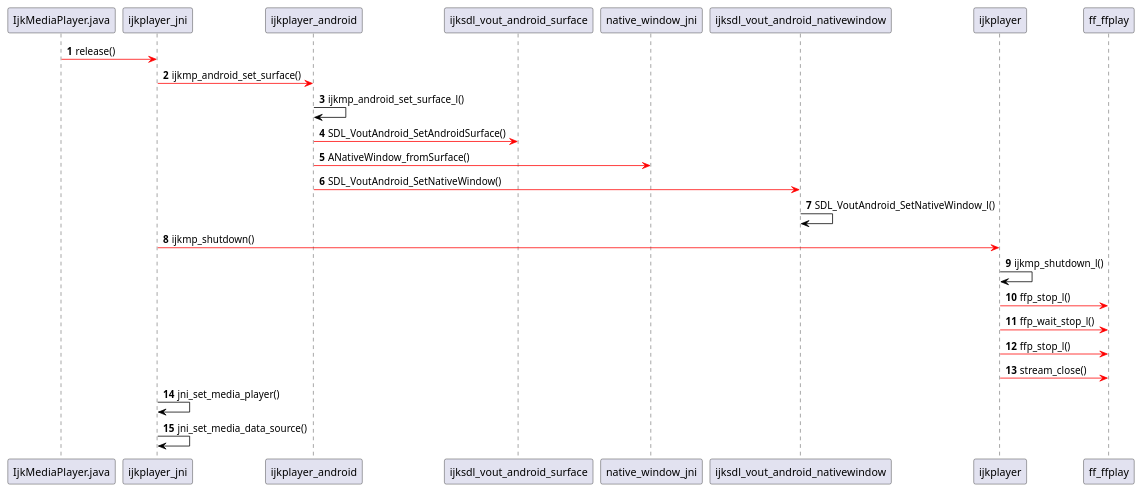
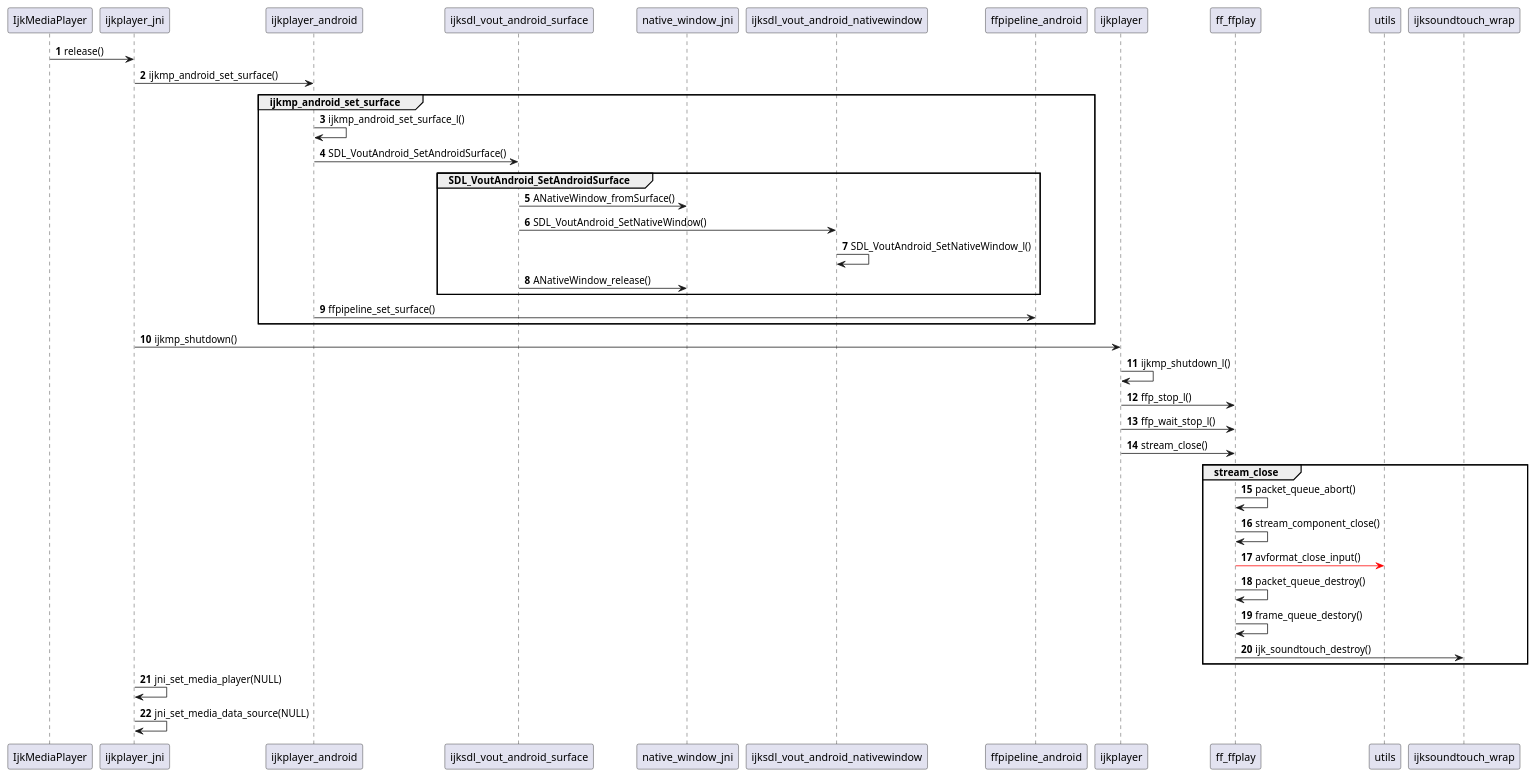
One commit to biezhihua/SMusic changed the diagram in doc/IjkPlayer/Sequence/ijkplayer_jni-release.puml. Above: the diagram before and after it, drawn with PlantUML. The commit also changed 16 other files, not shown here.

```diff
--- a/doc/IjkPlayer/Sequence/ijkplayer_jni-release.puml
+++ b/doc/IjkPlayer/Sequence/ijkplayer_jni-release.puml
@@ -1,34 +1,60 @@
 @startuml
 autonumber
 
-IjkMediaPlayer.java [#FF0000]-> ijkplayer_jni:release()
+IjkMediaPlayer -> ijkplayer_jni:release()
 
-ijkplayer_jni [#FF0000]-> ijkplayer_android:ijkmp_android_set_surface()
+ijkplayer_jni -> ijkplayer_android:ijkmp_android_set_surface()
 
-ijkplayer_android [#000000]-> ijkplayer_android:ijkmp_android_set_surface_l()
+group ijkmp_android_set_surface
 
-ijkplayer_android [#FF0000]-> ijksdl_vout_android_surface:SDL_VoutAndroid_SetAndroidSurface()
+    ijkplayer_android -> ijkplayer_android:ijkmp_android_set_surface_l()
 
-ijkplayer_android [#FF0000]-> native_window_jni:ANativeWindow_fromSurface()
+    ijkplayer_android -> ijksdl_vout_android_surface:SDL_VoutAndroid_SetAndroidSurface()
 
-ijkplayer_android [#FF0000]-> ijksdl_vout_android_nativewindow:SDL_VoutAndroid_SetNativeWindow()
+    group SDL_VoutAndroid_SetAndroidSurface
 
-ijksdl_vout_android_nativewindow [#000000]-> ijksdl_vout_android_nativewindow:SDL_VoutAndroid_SetNativeWindow_l()
+        ijksdl_vout_android_surface -> native_window_jni:ANativeWindow_fromSurface()
 
-ijkplayer_jni [#FF0000]-> ijkplayer:ijkmp_shutdown()
+        ijksdl_vout_android_surface -> ijksdl_vout_android_nativewindow:SDL_VoutAndroid_SetNativeWindow()
 
-ijkplayer [#000000]-> ijkplayer:ijkmp_shutdown_l()
+        ijksdl_vout_android_nativewindow -> ijksdl_vout_android_nativewindow:SDL_VoutAndroid_SetNativeWindow_l()
 
-ijkplayer [#FF0000]-> ff_ffplay:ffp_stop_l()
+        ijksdl_vout_android_surface -> native_window_jni:ANativeWindow_release()
 
-ijkplayer [#FF0000]-> ff_ffplay:ffp_wait_stop_l()
+    end
+    ijkplayer_android -> ffpipeline_android:ffpipeline_set_surface()
 
-ijkplayer [#FF0000]-> ff_ffplay:ffp_stop_l()
 
-ijkplayer [#FF0000]-> ff_ffplay:stream_close()
+end
 
-ijkplayer_jni [#000000]-> ijkplayer_jni:jni_set_media_player()
+ijkplayer_jni -> ijkplayer:ijkmp_shutdown()
 
-ijkplayer_jni [#000000]-> ijkplayer_jni:jni_set_media_data_source()
+ijkplayer -> ijkplayer:ijkmp_shutdown_l()
+
+ijkplayer -> ff_ffplay:ffp_stop_l()
+
+ijkplayer -> ff_ffplay:ffp_wait_stop_l()
+
+ijkplayer -> ff_ffplay:stream_close()
+
+group stream_close
+
+    ff_ffplay -> ff_ffplay:packet_queue_abort()
+
+    ff_ffplay -> ff_ffplay:stream_component_close()
+
+    ff_ffplay [#red]-> utils:avformat_close_input()
+
+    ff_ffplay -> ff_ffplay:packet_queue_destroy()
+
+    ff_ffplay -> ff_ffplay:frame_queue_destory()
+
+    ff_ffplay -> ijksoundtouch_wrap:ijk_soundtouch_destroy()
+
+end
+
+ijkplayer_jni -> ijkplayer_jni:jni_set_media_player(NULL)
+
+ijkplayer_jni -> ijkplayer_jni:jni_set_media_data_source(NULL)
 
 @enduml
```
